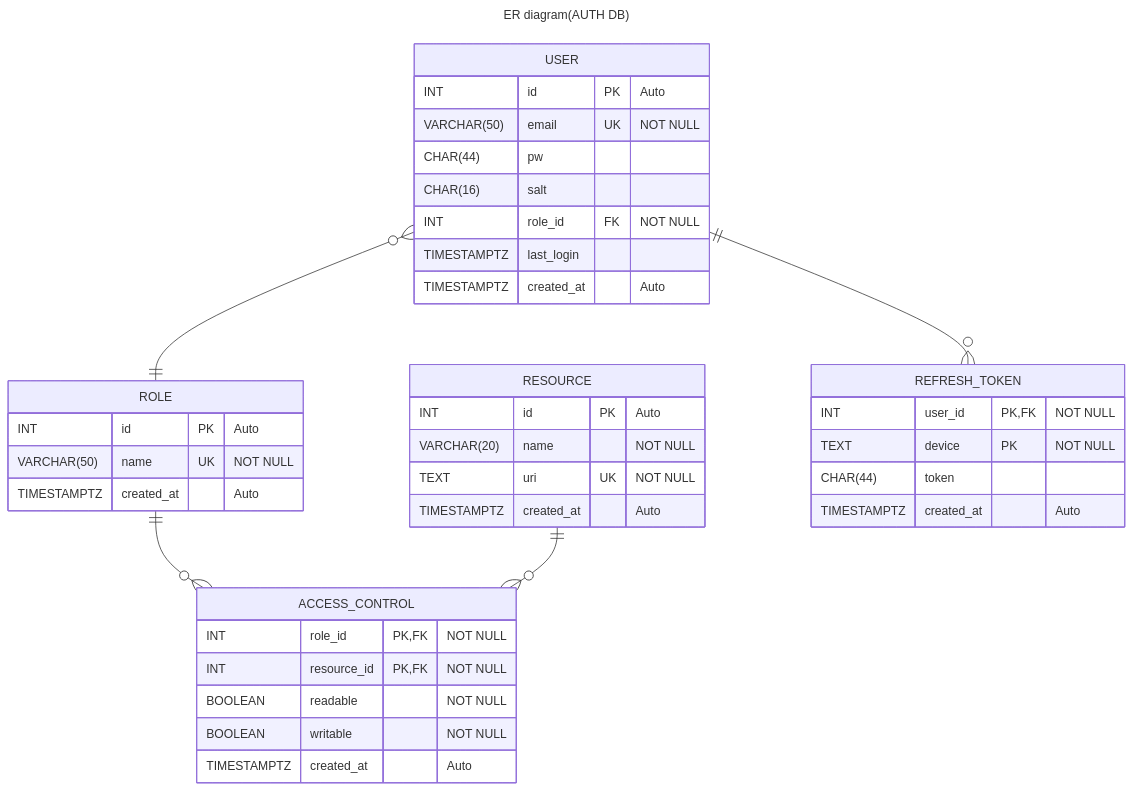
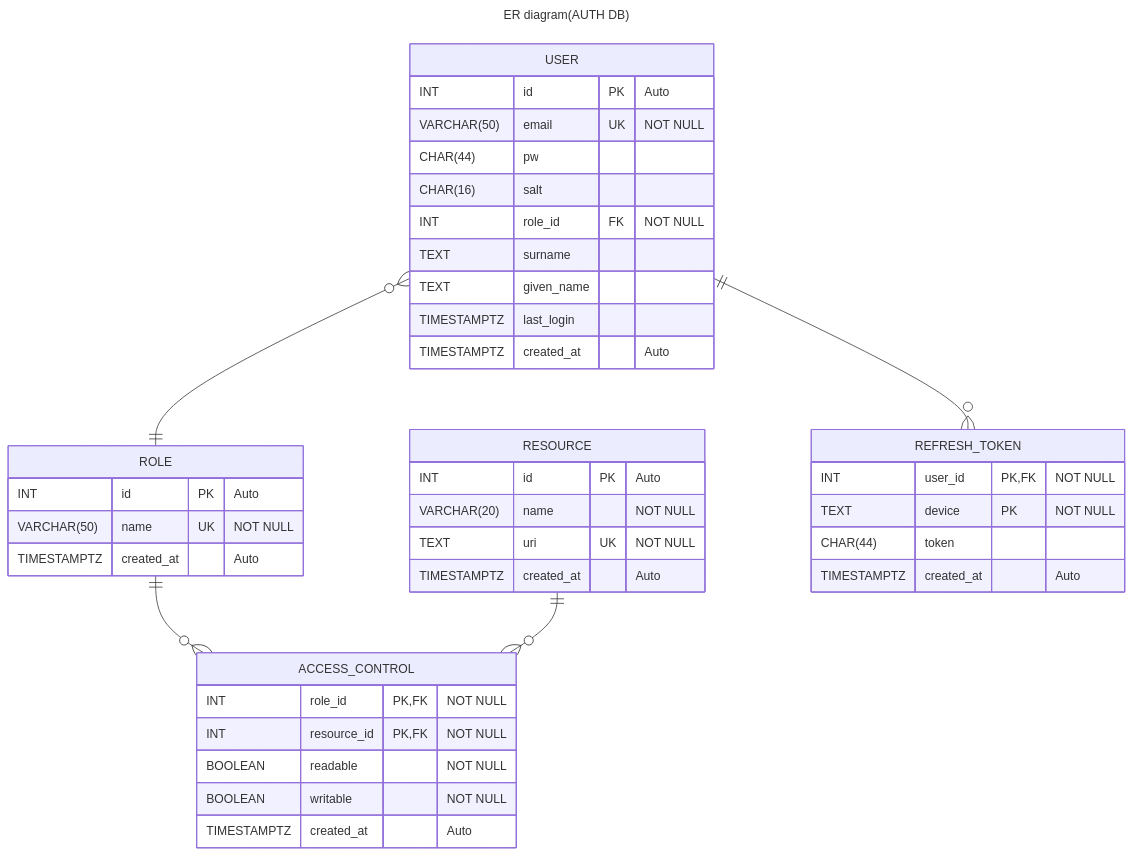
Before and after one commit to junekimdev/boilerplate-node-api: the first of 2 diagrams in doc/database_ER_diagrams.md, drawn with Mermaid. The commit also changed 1 other file, not shown here.

Commit message:
Add names in userpool
- Add more SQLs to requirement

````diff
--- a/doc/database_ER_diagrams.md
+++ b/doc/database_ER_diagrams.md
@@ -7,50 +7,52 @@
 ```mermaid
 ---
 title: ER diagram(AUTH DB)
 ---
 erDiagram
 
 ROLE {
   INT id PK "Auto"
   VARCHAR(50) name UK "NOT NULL"
   TIMESTAMPTZ created_at "Auto"
 }
 
 RESOURCE {
   INT id PK "Auto"
   VARCHAR(20) name "NOT NULL"
   TEXT uri UK "NOT NULL"
   TIMESTAMPTZ created_at "Auto"
 }
 
 ACCESS_CONTROL {
   INT role_id PK, FK "NOT NULL"
   INT resource_id PK, FK "NOT NULL"
   BOOLEAN readable "NOT NULL"
   BOOLEAN writable "NOT NULL"
   TIMESTAMPTZ created_at "Auto"
 }
 
 USER {
   INT id PK "Auto"
   VARCHAR(50) email UK "NOT NULL"
   CHAR(44) pw
   CHAR(16) salt
   INT role_id FK "NOT NULL"
+  TEXT surname
+  TEXT given_name
   TIMESTAMPTZ last_login
   TIMESTAMPTZ created_at "Auto"
 }
 
 REFRESH_TOKEN {
   INT user_id PK, FK "NOT NULL"
   TEXT device PK "NOT NULL"
   CHAR(44) token
   TIMESTAMPTZ created_at "Auto"
 }
 
 ROLE ||--o{ ACCESS_CONTROL : ""
 RESOURCE ||--o{ ACCESS_CONTROL : ""
 
 USER }o--|| ROLE : ""
 USER ||--o{ REFRESH_TOKEN : ""
 ```
````
